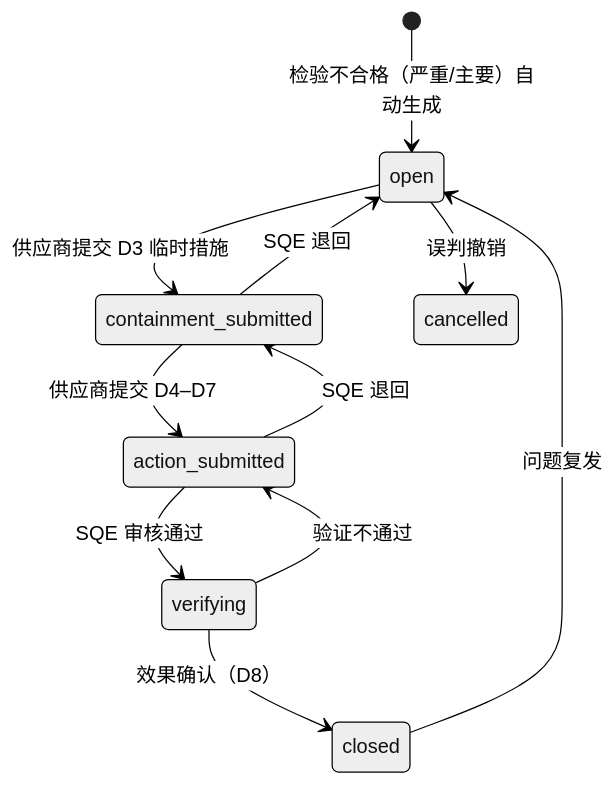
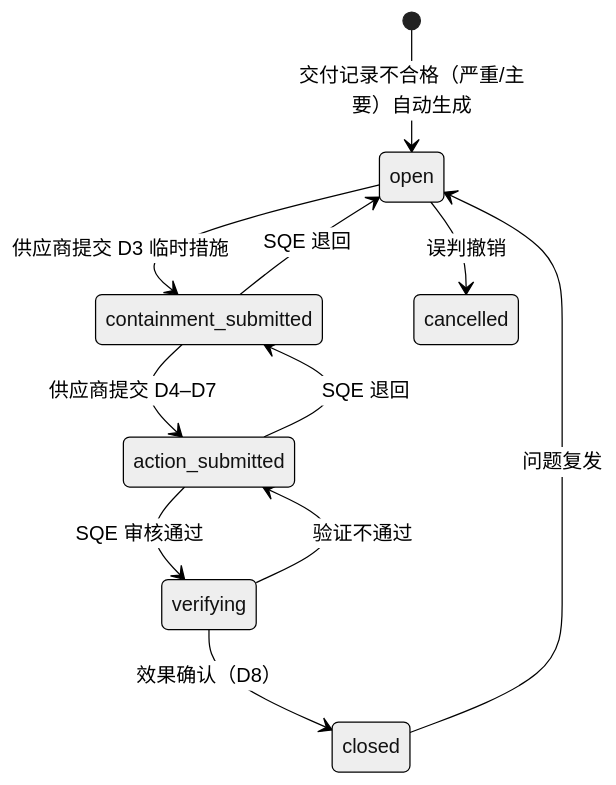
Before and after one commit to objectstack-ai/hotsrm: the fourth of 4 diagrams in docs/design/03-processes-and-automation.md, drawn with Mermaid (neutral theme). The commit also changed other lines of this file and 32 other files, not shown here.

````diff
--- a/docs/design/03-processes-and-automation.md
+++ b/docs/design/03-processes-and-automation.md
@@ -240,13 +255,13 @@
 ```mermaid
 stateDiagram-v2
-  [*] --> open: 检验不合格（严重/主要）自动生成
+  [*] --> open: 交付记录不合格（严重/主要）自动生成
   open --> containment_submitted: 供应商提交 D3 临时措施
   containment_submitted --> open: SQE 退回
   containment_submitted --> action_submitted: 供应商提交 D4–D7
   action_submitted --> containment_submitted: SQE 退回
   action_submitted --> verifying: SQE 审核通过
   verifying --> action_submitted: 验证不通过
   verifying --> closed: 效果确认（D8）
   closed --> open: 问题复发
   open --> cancelled: 误判撤销
 ```
````
